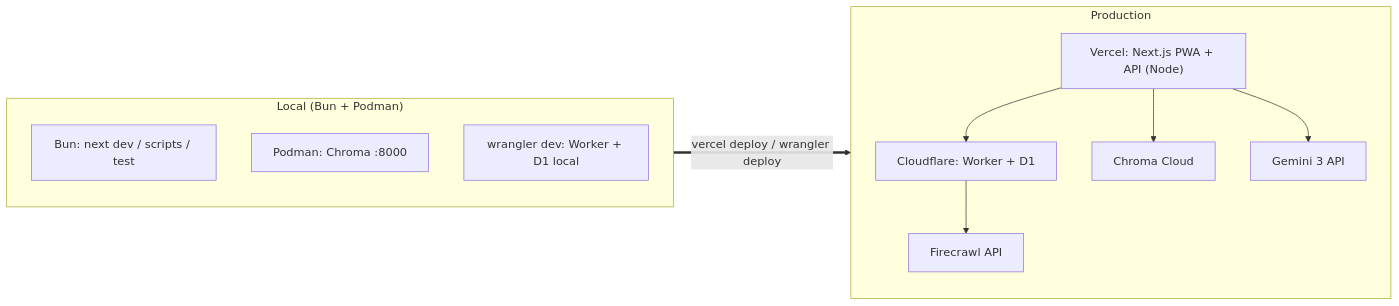
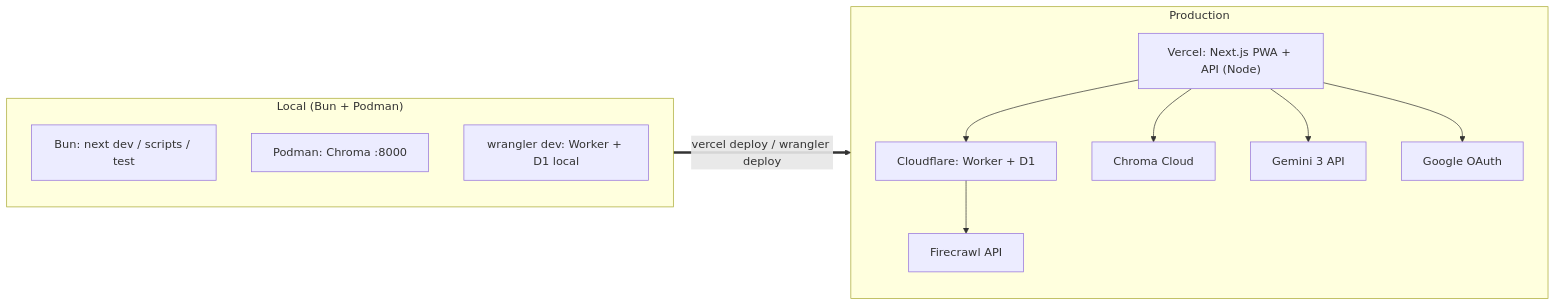
The fourth of 7 diagrams in Event-Copilot-Build-Checklist.md (khangzens2001/AI-build-week-gemo), drawn with Mermaid before and after one commit. The commit also changed other lines of this file and 151 other files, not shown here.

````diff
--- a/Event-Copilot-Build-Checklist.md
+++ b/Event-Copilot-Build-Checklist.md
@@ -181,20 +187,22 @@
 ```mermaid
 flowchart LR
     subgraph Dev["Local (Bun + Podman)"]
         DV1["Bun: next dev / scripts / test"]
         DV2["Podman: Chroma :8000"]
         DV3["wrangler dev: Worker + D1 local"]
     end
     subgraph Prod["Production"]
         P1["Vercel: Next.js PWA + API (Node)"]
         P2["Cloudflare: Worker + D1"]
         P3["Chroma Cloud"]
         P4["Gemini 3 API"]
         P5["Firecrawl API"]
+        P6["Google OAuth"]
     end
     Dev ==>|"vercel deploy / wrangler deploy"| Prod
     P1 --> P2
     P1 --> P3
     P1 --> P4
+    P1 --> P6
     P2 --> P5
 ```
````
